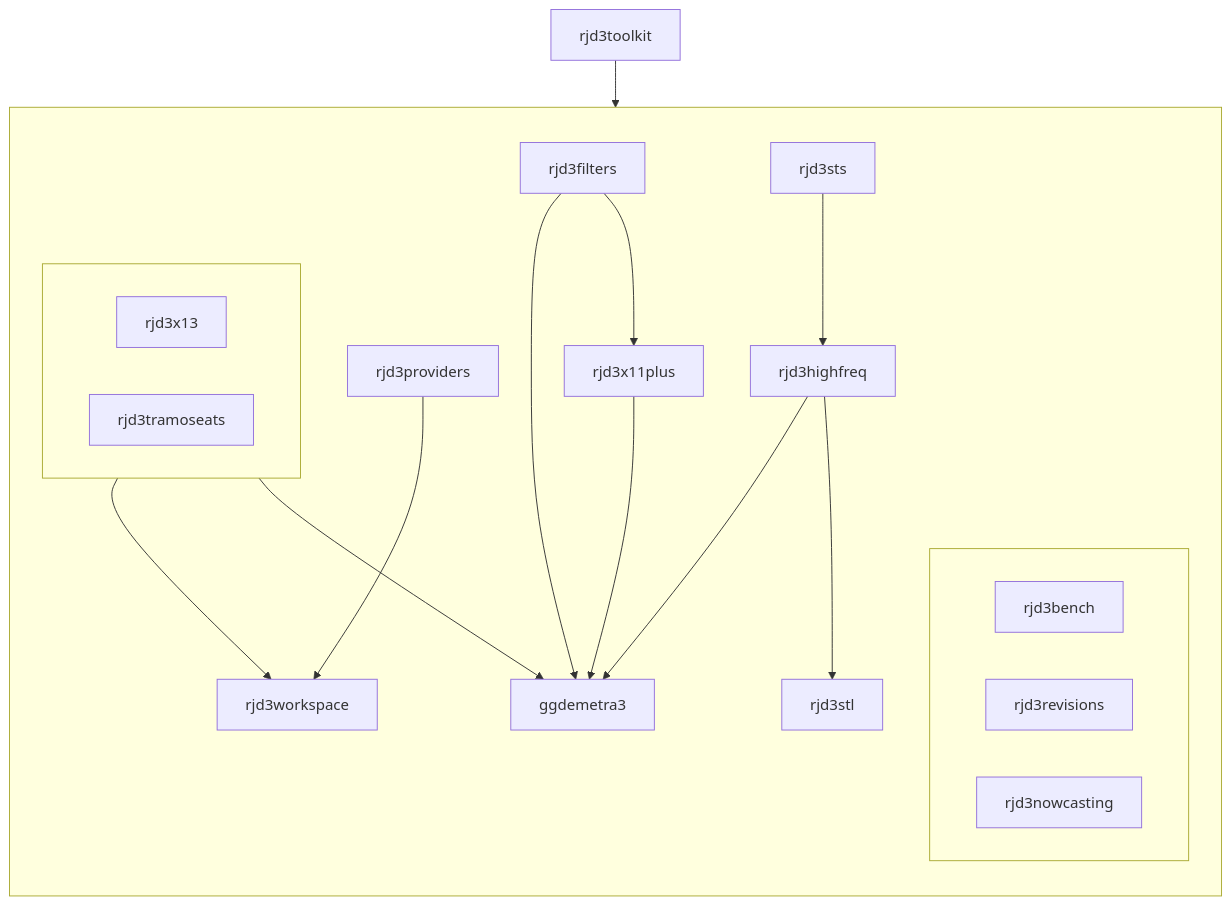
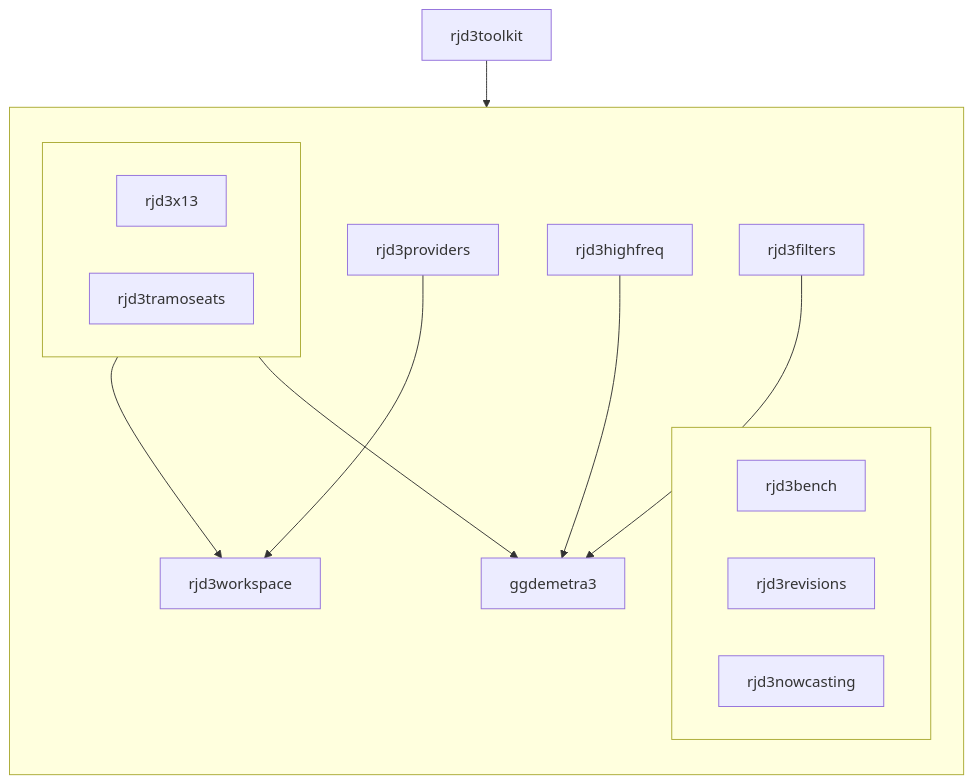
The diagram in profile/README.md (rjdverse/.github), drawn with Mermaid before and after one commit. The commit also changed other lines of this file, not shown here.

````diff
--- a/profile/README.md
+++ b/profile/README.md
@@ -89,48 +85,42 @@
 ```mermaid
 flowchart TB
     subgraph rjd3toolkit_depends [" "]
         direction TB
 
 
         subgraph rjd3_other[" "]
             rjd3bench
             rjd3revisions
             rjd3nowcasting
         end
         
         subgraph rjd3x13_tramo[" "]
             rjd3x13
             rjd3tramoseats
         end
 
         rjd3providers --> rjd3workspace
         rjd3x13_tramo --> rjd3workspace
 
         rjd3x13_tramo --> ggdemetra3
         rjd3highfreq --> ggdemetra3
-        rjd3x11plus --> ggdemetra3
         rjd3filters --> ggdemetra3
-        
-        rjd3filters --> rjd3x11plus
-        rjd3sts --> rjd3highfreq
-        rjd3highfreq --> rjd3stl
+
 
     end
 
     rjd3toolkit --> rjd3toolkit_depends
 
   click rjd3toolkit "https://github.com/rjdverse/rjd3toolkit" _blank
   click rjd3nowcasting "https://github.com/rjdverse/rjd3nowcasting" _blank
-  click rjd3stl "https://github.com/rjdverse/rjd3stl" _blank
   click rjd3highfreq "https://github.com/rjdverse/rjd3highfreq" _blank
   click rjd3sts "https://github.com/rjdverse/rjd3sts" _blank
-  click rjd3x11plus "https://github.com/rjdverse/rjd3x11plus" _blank
   click rjd3filters "https://github.com/rjdverse/rjd3filters" _blank
   click rjd3providers "https://github.com/rjdverse/rjd3providers" _blank
   click rjd3workspace "https://github.com/rjdverse/rjd3workspace" _blank
   click rjd3x13 "https://github.com/rjdverse/rjd3x13" _blank
   click rjd3tramoseats "https://github.com/rjdverse/rjd3tramoseats" _blank
   click rjd3bench "https://github.com/rjdverse/rjd3bench" _blank
   click rjd3revisions "https://github.com/rjdverse/rjd3revisions" _blank
   click ggdemetra3 "https://github.com/AQLT/ggdemetra3" _blank
 ```
````
